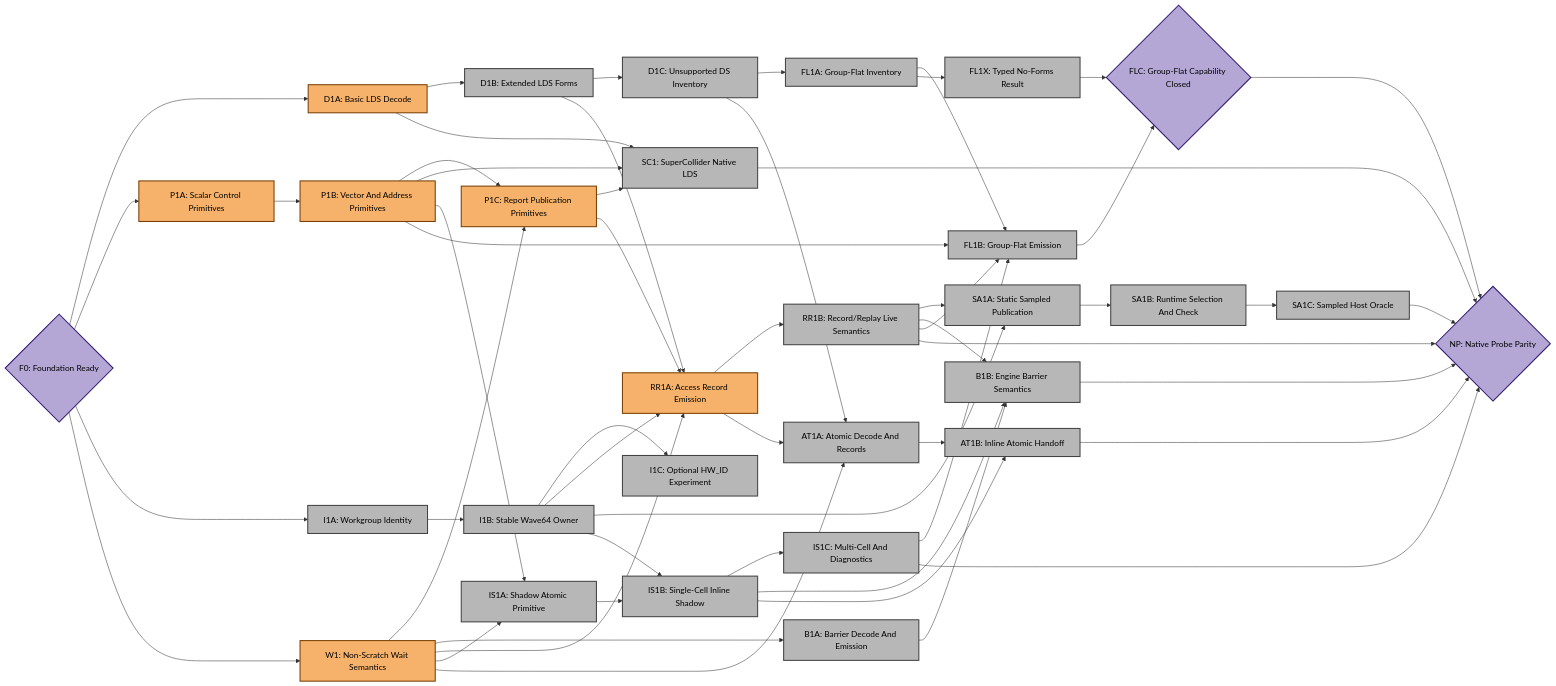
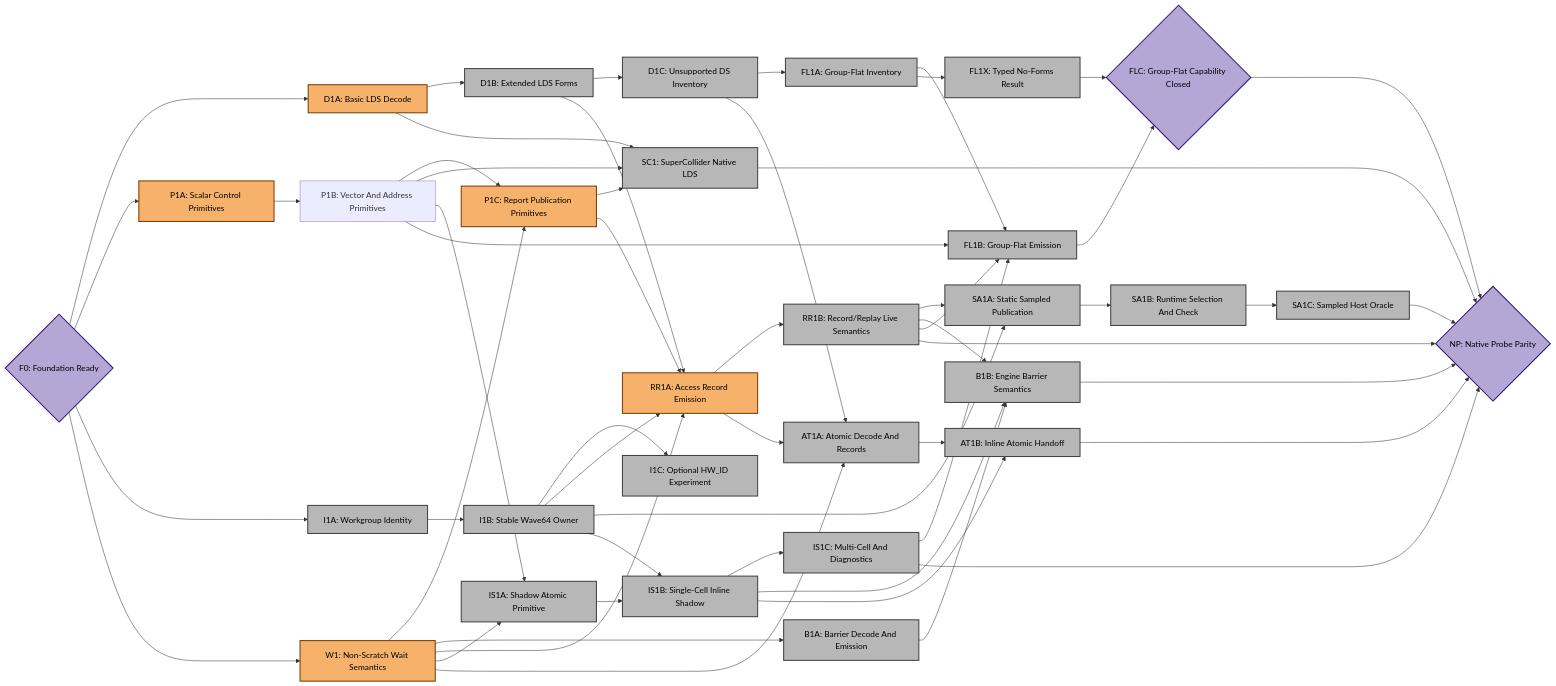
One commit to ROCm/rocm-systems changed the third of 4 diagrams in emulation/rocjitsu/docs/consan/PLAN_GFX950.md. Above: the diagram before and after it, drawn with Mermaid. The commit also changed other lines of this file and 3 other files, not shown here.

```diff
--- a/emulation/rocjitsu/docs/consan/PLAN_GFX950.md
+++ b/emulation/rocjitsu/docs/consan/PLAN_GFX950.md
@@ -199,7 +204,7 @@
   D1B["D1B: Extended LDS Forms"]:::todo
   D1C["D1C: Unsupported DS Inventory"]:::todo
   P1A["P1A: Scalar Control Primitives"]:::active
-  P1B["P1B: Vector And Address Primitives"]:::active
+  P1B["P1B: Vector And Address Primitives"]:::done
   P1C["P1C: Report Publication Primitives"]:::active
   I1A["I1A: Workgroup Identity"]:::todo
   I1B["I1B: Stable Wave64 Owner"]:::todo
```
